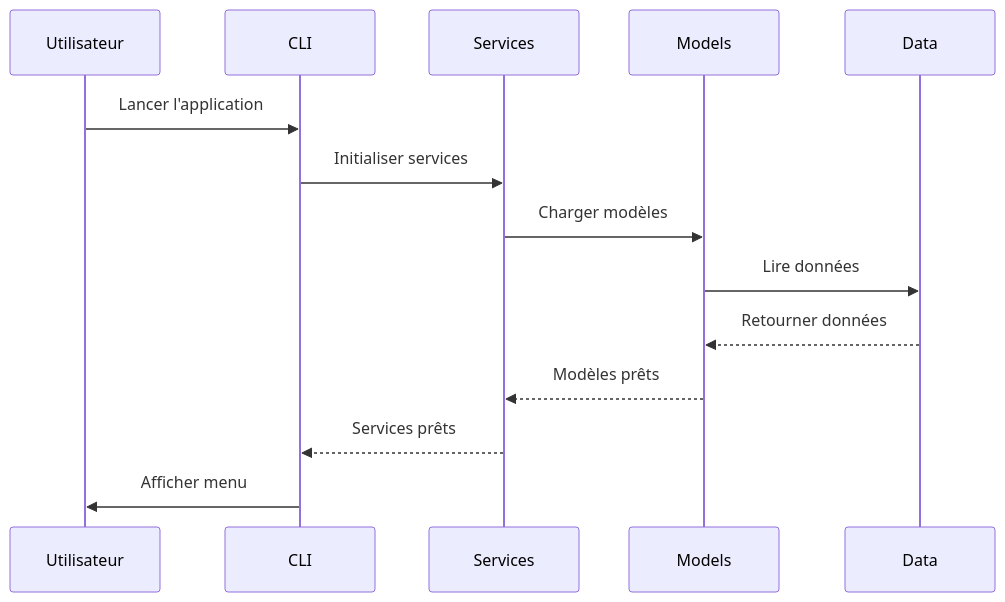
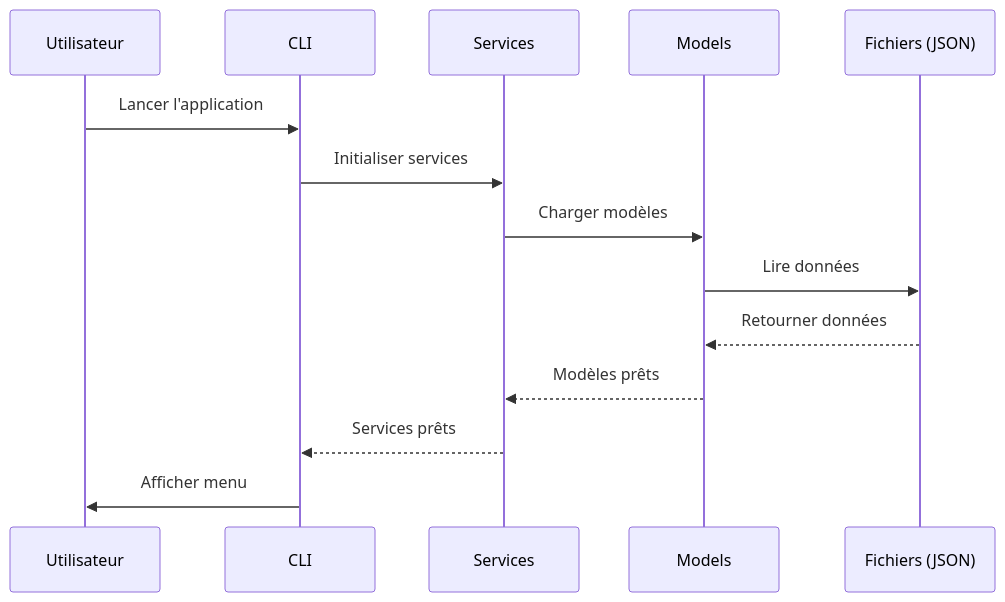
Before and after one commit to ranker-002/RELEARN-PYTHON: the first of 2 diagrams in PROJETS/fonctions_poo/projet_01_systeme_bancaire/README.md, drawn with Mermaid. The commit also changed other lines of this file and 619 other files, not shown here.

````diff
--- a/PROJETS/fonctions_poo/projet_01_systeme_bancaire/README.md
+++ b/PROJETS/fonctions_poo/projet_01_systeme_bancaire/README.md
@@ -131,17 +178,17 @@
 ```mermaid
 sequenceDiagram
     participant U as Utilisateur
     participant C as CLI
     participant S as Services
     participant M as Models
-    participant D as Data
+    participant F as Fichiers (JSON)
     
     U->>C: Lancer l'application
     C->>S: Initialiser services
     S->>M: Charger modèles
-    M->>D: Lire données
-    D-->>M: Retourner données
+    M->>F: Lire données
+    F-->>M: Retourner données
     M-->>S: Modèles prêts
     S-->>C: Services prêts
     C->>U: Afficher menu
 ```
````
